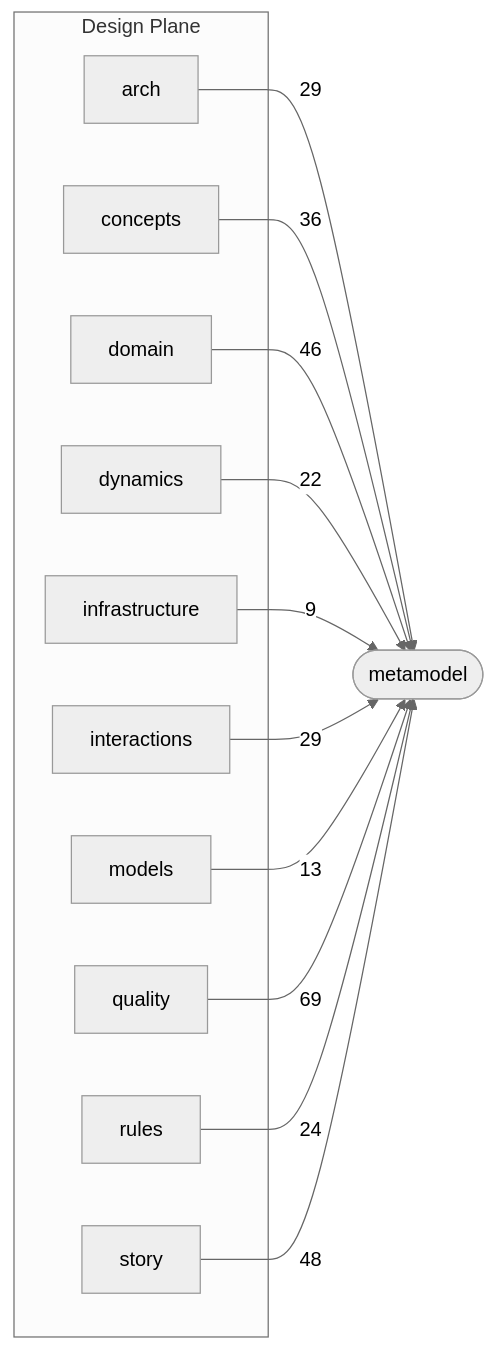
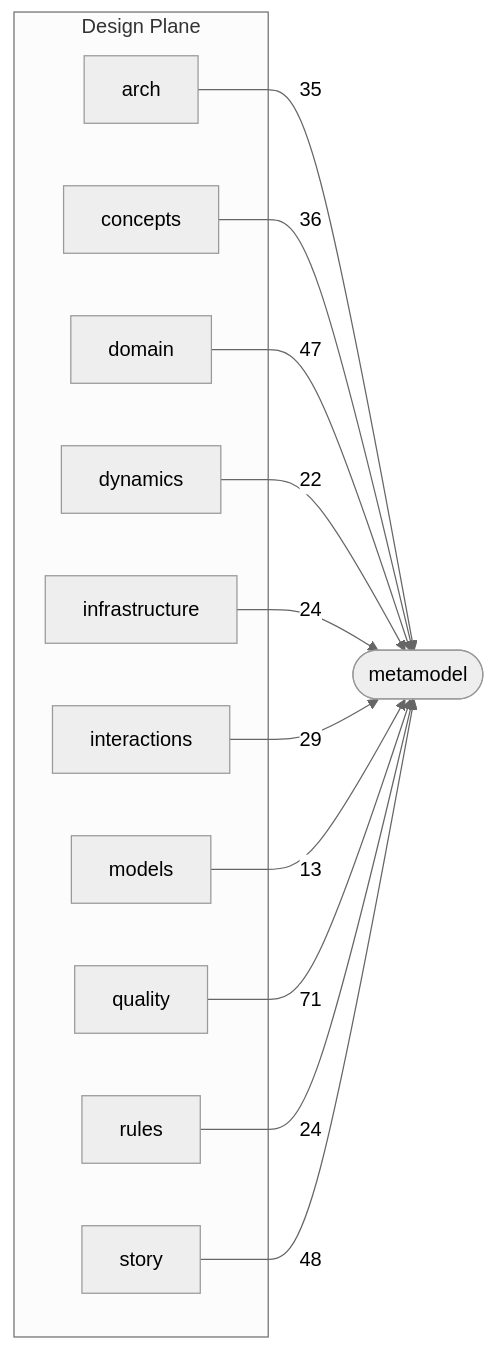
One commit to Archally/blueprint-schema changed the second of 3 diagrams in docs/schema-atlas/v2.7/layer-map.md. Above: the diagram before and after it, drawn with Mermaid (neutral theme). The commit also changed other lines of this file and 11 other files, not shown here.

Commit message:
v2.7.7:  publish RT infra profiles + regenerate schema-atlas

````diff
--- a/docs/schema-atlas/v2.7/layer-map.md
+++ b/docs/schema-atlas/v2.7/layer-map.md
@@ -86,26 +88,26 @@
 ```mermaid
 graph LR
     subgraph design_plane["Design Plane"]
         design_arch_schema_yaml["arch"]
         design_concepts_schema_yaml["concepts"]
         design_domain_schema_yaml["domain"]
         design_dynamics_schema_yaml["dynamics"]
         design_infrastructure_schema_yaml["infrastructure"]
         design_interactions_schema_yaml["interactions"]
         design_models_schema_yaml["models"]
         design_quality_schema_yaml["quality"]
         design_rules_schema_yaml["rules"]
         design_story_schema_yaml["story"]
     end
     metamodel_schema_yaml(["metamodel"])
-    design_arch_schema_yaml -->|29| metamodel_schema_yaml
+    design_arch_schema_yaml -->|35| metamodel_schema_yaml
     design_concepts_schema_yaml -->|36| metamodel_schema_yaml
-    design_domain_schema_yaml -->|46| metamodel_schema_yaml
+    design_domain_schema_yaml -->|47| metamodel_schema_yaml
     design_dynamics_schema_yaml -->|22| metamodel_schema_yaml
-    design_infrastructure_schema_yaml -->|9| metamodel_schema_yaml
+    design_infrastructure_schema_yaml -->|24| metamodel_schema_yaml
     design_interactions_schema_yaml -->|29| metamodel_schema_yaml
     design_models_schema_yaml -->|13| metamodel_schema_yaml
-    design_quality_schema_yaml -->|69| metamodel_schema_yaml
+    design_quality_schema_yaml -->|71| metamodel_schema_yaml
     design_rules_schema_yaml -->|24| metamodel_schema_yaml
     design_story_schema_yaml -->|48| metamodel_schema_yaml
 ```
````
